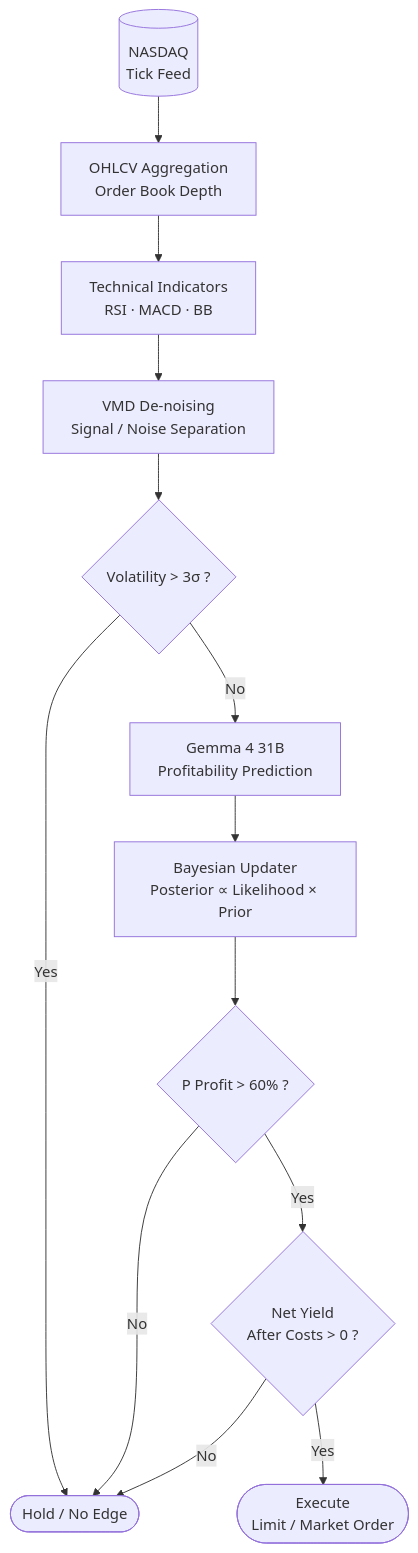
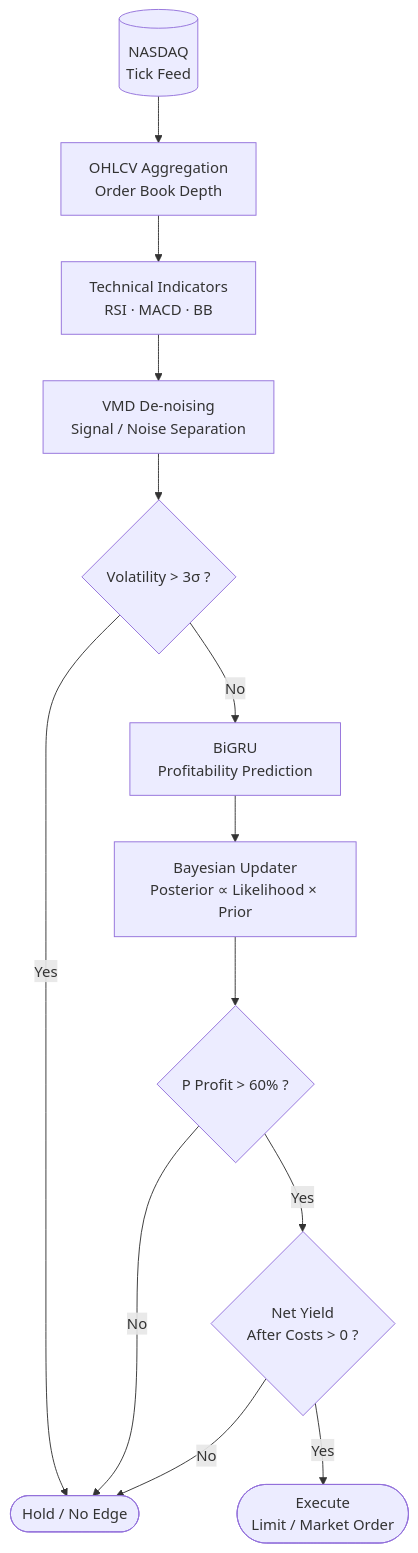
One commit to new-vector/Aegis changed the first of 5 diagrams in README.md. Above: the diagram before and after it, drawn with Mermaid. The commit also changed other lines of this file, not shown here.

````diff
--- a/README.md
+++ b/README.md
@@ -17,21 +17,21 @@
 ```mermaid
 flowchart TD
     A[(NASDAQ\nTick Feed)]
     
     A --> B[OHLCV Aggregation\nOrder Book Depth]
     B --> C[Technical Indicators\nRSI · MACD · BB]
     C --> D[VMD De-noising\nSignal / Noise Separation]
     
     D --> E{Volatility > 3σ ?}
     E -- Yes --> HOLD
-    E -- No --> F[Gemma 4 31B\nProfitability Prediction]
+    E -- No --> F[BiGRU\nProfitability Prediction]
     
     F --> G[Bayesian Updater\nPosterior ∝ Likelihood × Prior]
     G --> H{P Profit > 60% ?}
     
     H -- No --> HOLD
     H -- Yes --> I{Net Yield\nAfter Costs > 0 ?}
     
     I -- No --> HOLD([Hold / No Edge])
     I -- Yes --> J([Execute\nLimit / Market Order])
 ```
````
